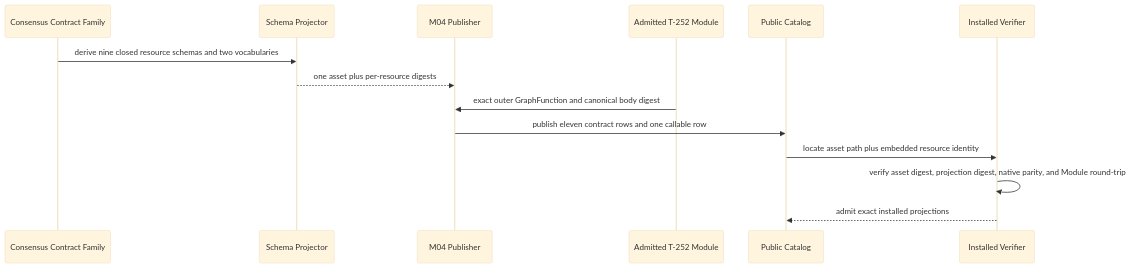
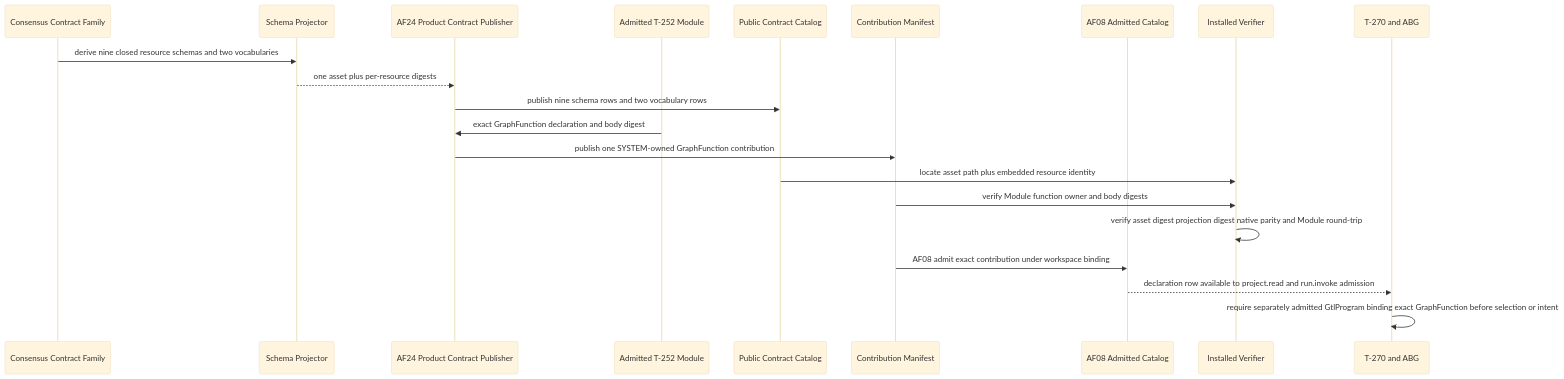
One commit to foolishimp/abiogenesis changed the second of 3 diagrams in build_tenants/abiogenesis/typescript/design/M02_M04_CONSENSUS_PUBLICATION_PRIME_CONTRACTION_BEHAVIOR_DESIGN.md. Above: the diagram before and after it, drawn with Mermaid (base theme). The commit also changed other lines of this file and 7 other files, not shown here.

````diff
--- a/build_tenants/abiogenesis/typescript/design/M02_M04_CONSENSUS_PUBLICATION_PRIME_CONTRACTION_BEHAVIOR_DESIGN.md
+++ b/build_tenants/abiogenesis/typescript/design/M02_M04_CONSENSUS_PUBLICATION_PRIME_CONTRACTION_BEHAVIOR_DESIGN.md
@@ -179,17 +266,24 @@
 ```mermaid
 sequenceDiagram
   participant Family as Consensus Contract Family
   participant Generator as Schema Projector
-  participant Publisher as M04 Publisher
+  participant Publisher as AF24 Product Contract Publisher
   participant Module as Admitted T-252 Module
-  participant Catalog as Public Catalog
+  participant Contracts as Public Contract Catalog
+  participant Contributions as Contribution Manifest
+  participant Catalog as AF08 Admitted Catalog
   participant Verifier as Installed Verifier
+  participant Runtime as T-270 and ABG
 
   Family->>Generator: derive nine closed resource schemas and two vocabularies
   Generator-->>Publisher: one asset plus per-resource digests
-  Module->>Publisher: exact outer GraphFunction and canonical body digest
-  Publisher->>Catalog: publish eleven contract rows and one callable row
-  Catalog->>Verifier: locate asset path plus embedded resource identity
-  Verifier->>Verifier: verify asset digest, projection digest, native parity, and Module round-trip
-  Verifier-->>Catalog: admit exact installed projections
+  Publisher->>Contracts: publish nine schema rows and two vocabulary rows
+  Module->>Publisher: exact GraphFunction declaration and body digest
+  Publisher->>Contributions: publish one SYSTEM-owned GraphFunction contribution
+  Contracts->>Verifier: locate asset path plus embedded resource identity
+  Contributions->>Verifier: verify Module function owner and body digests
+  Verifier->>Verifier: verify asset digest projection digest native parity and Module round-trip
+  Contributions->>Catalog: AF08 admit exact contribution under workspace binding
+  Catalog-->>Runtime: declaration row available to project.read and run.invoke admission
+  Runtime->>Runtime: require separately admitted GtlProgram binding exact GraphFunction before selection or intent
 ```
````
